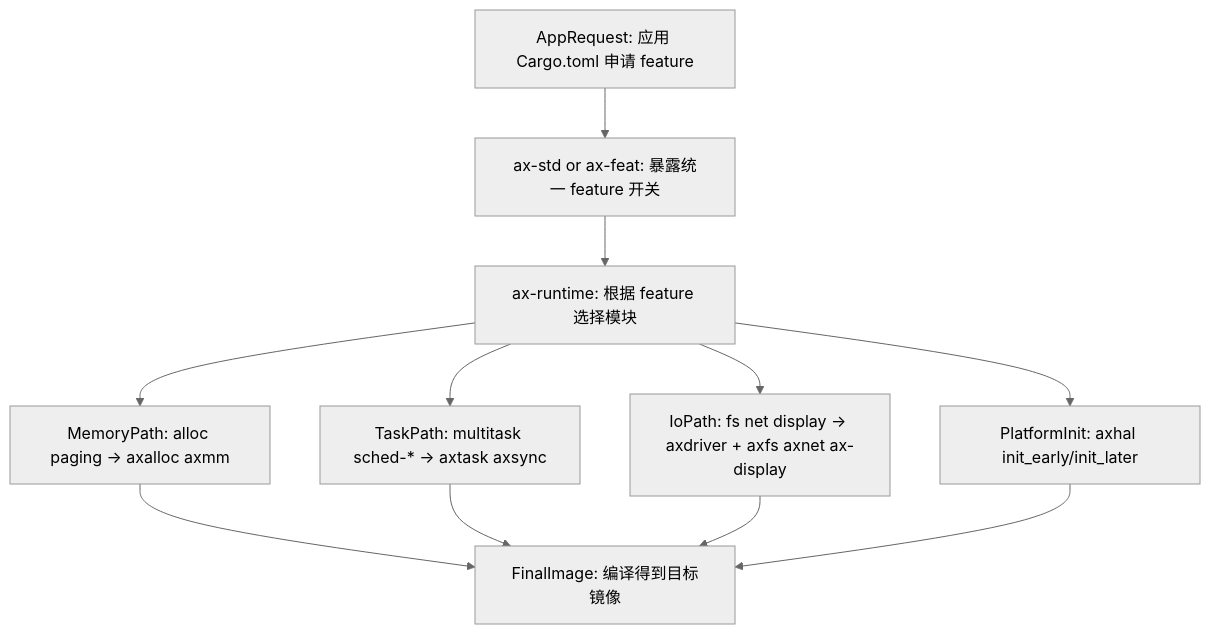
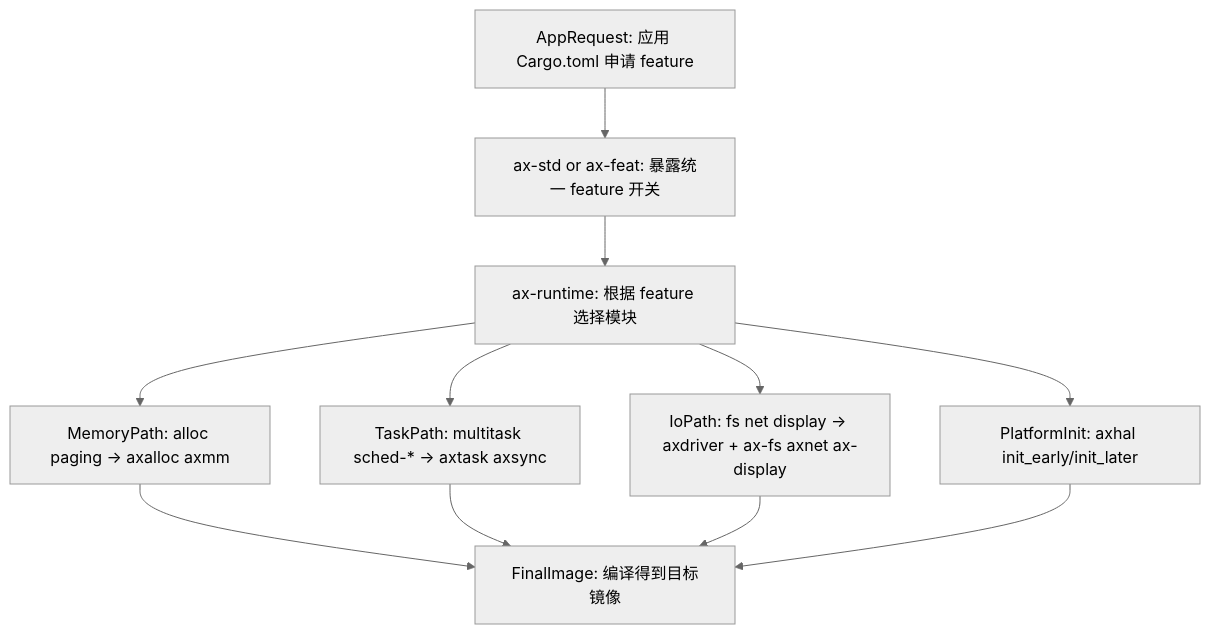
One commit to zKurisu/tgoskits changed the second of 5 diagrams in docs/arceos-internals.md. Above: the diagram before and after it, drawn with Mermaid (neutral theme). The commit also changed other lines of this file and 67 other files, not shown here.

````diff
--- a/docs/arceos-internals.md
+++ b/docs/arceos-internals.md
@@ -122,22 +122,22 @@
 ```mermaid
 flowchart TD
     appRequest["AppRequest: 应用 Cargo.toml 申请 feature"]
     axstdAxfeat["ax-std or ax-feat: 暴露统一 feature 开关"]
     runtimeGate["ax-runtime: 根据 feature 选择模块"]
     memPath["MemoryPath: alloc paging -> axalloc axmm"]
     taskPath["TaskPath: multitask sched-* -> axtask axsync"]
-    ioPath["IoPath: fs net display -> axdriver + axfs axnet ax-display"]
+    ioPath["IoPath: fs net display -> axdriver + ax-fs axnet ax-display"]
     platformInit["PlatformInit: axhal init_early/init_later"]
     finalImage["FinalImage: 编译得到目标镜像"]
 
     appRequest --> axstdAxfeat
     axstdAxfeat --> runtimeGate
     runtimeGate --> memPath
     runtimeGate --> taskPath
     runtimeGate --> ioPath
     runtimeGate --> platformInit
     memPath --> finalImage
     taskPath --> finalImage
     ioPath --> finalImage
     platformInit --> finalImage
 ```
````
